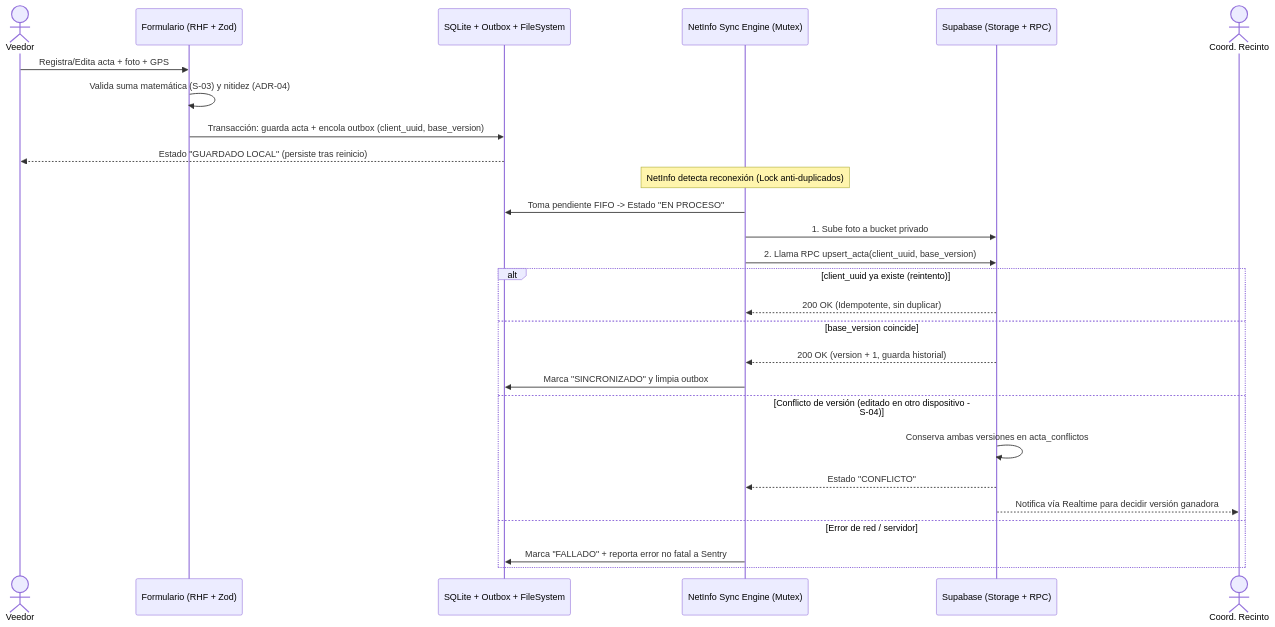
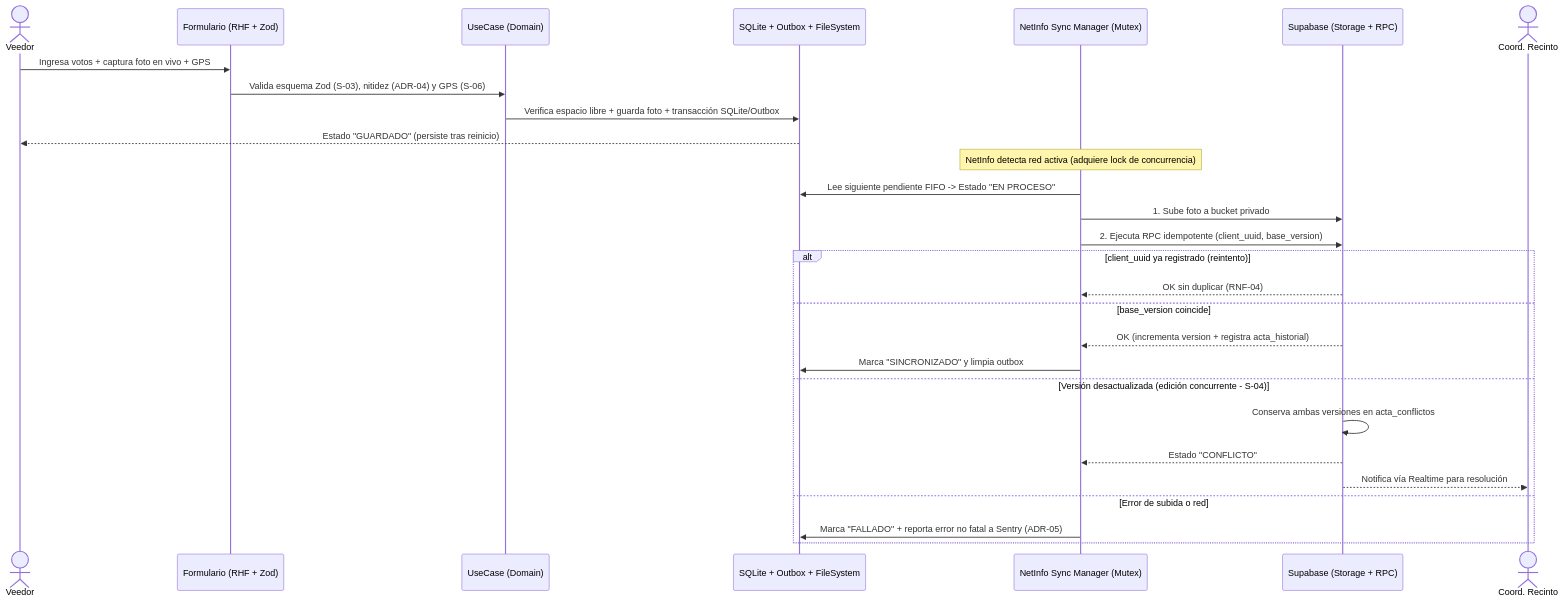
Before and after one commit to Milka-Borja/Control-Electoral-App: the second of 2 diagrams in docs/arquitectura.md, drawn with Mermaid. The commit also changed other lines of this file and 8 other files, not shown here.

````diff
--- a/docs/arquitectura.md
+++ b/docs/arquitectura.md
@@ -135,32 +181,33 @@
 ```mermaid
 sequenceDiagram
     actor Veedor
     participant UI as Formulario (RHF + Zod)
+    participant UC as UseCase (Domain)
     participant Local as SQLite + Outbox + FileSystem
-    participant Sync as NetInfo Sync Engine (Mutex)
-    participant Server as Supabase (Storage + RPC)
+    participant Net as NetInfo Sync Manager (Mutex)
+    participant Supa as Supabase (Storage + RPC)
     actor Coord as Coord. Recinto
 
-    Veedor->>UI: Registra/Edita acta + foto + GPS
-    UI->>UI: Valida suma matemática (S-03) y nitidez (ADR-04)
-    UI->>Local: Transacción: guarda acta + encola outbox (client_uuid, base_version)
-    Local-->>Veedor: Estado "GUARDADO LOCAL" (persiste tras reinicio)
+    Veedor->>UI: Ingresa votos + captura foto en vivo + GPS
+    UI->>UC: Valida esquema Zod (S-03), nitidez (ADR-04) y GPS (S-06)
+    UC->>Local: Verifica espacio libre + guarda foto + transacción SQLite/Outbox
+    Local-->>Veedor: Estado "GUARDADO" (persiste tras reinicio)
 
-    Note over Sync: NetInfo detecta reconexión (Lock anti-duplicados)
-    Sync->>Local: Toma pendiente FIFO -> Estado "EN PROCESO"
-    Sync->>Server: 1. Sube foto a bucket privado
-    Sync->>Server: 2. Llama RPC upsert_acta(client_uuid, base_version)
+    Note over Net: NetInfo detecta red activa (adquiere lock de concurrencia)
+    Net->>Local: Lee siguiente pendiente FIFO -> Estado "EN PROCESO"
+    Net->>Supa: 1. Sube foto a bucket privado
+    Net->>Supa: 2. Ejecuta RPC idempotente (client_uuid, base_version)
 
-    alt client_uuid ya existe (reintento)
-        Server-->>Sync: 200 OK (Idempotente, sin duplicar)
+    alt client_uuid ya registrado (reintento)
+        Supa-->>Net: OK sin duplicar (RNF-04)
     else base_version coincide
-        Server-->>Sync: 200 OK (version + 1, guarda historial)
-        Sync->>Local: Marca "SINCRONIZADO" y limpia outbox
-    else Conflicto de versión (editado en otro dispositivo - S-04)
-        Server->>Server: Conserva ambas versiones en acta_conflictos
-        Server-->>Sync: Estado "CONFLICTO"
-        Server-->>Coord: Notifica vía Realtime para decidir versión ganadora
-    else Error de red / servidor
-        Sync->>Local: Marca "FALLADO" + reporta error no fatal a Sentry
+        Supa-->>Net: OK (incrementa version + registra acta_historial)
+        Net->>Local: Marca "SINCRONIZADO" y limpia outbox
+    else Versión desactualizada (edición concurrente - S-04)
+        Supa->>Supa: Conserva ambas versiones en acta_conflictos
+        Supa-->>Net: Estado "CONFLICTO"
+        Supa-->>Coord: Notifica vía Realtime para resolución
+    else Error de subida o red
+        Net->>Local: Marca "FALLADO" + reporta error no fatal a Sentry (ADR-05)
     end
 ```
````
